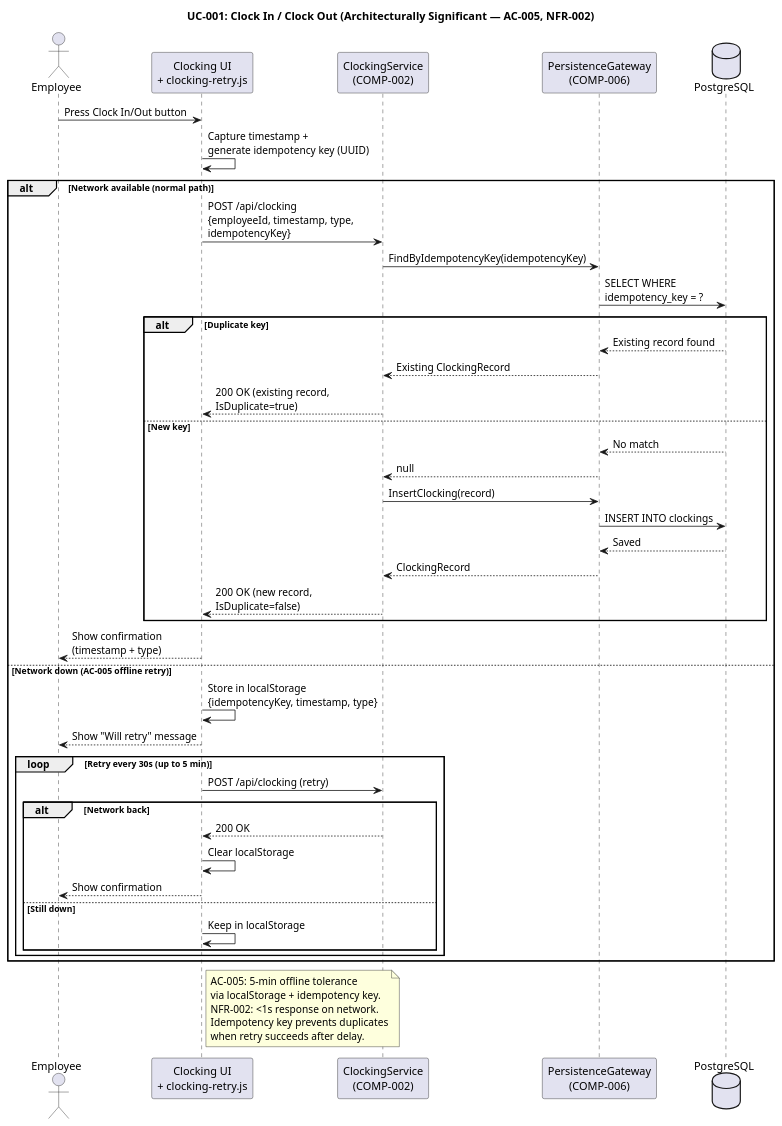
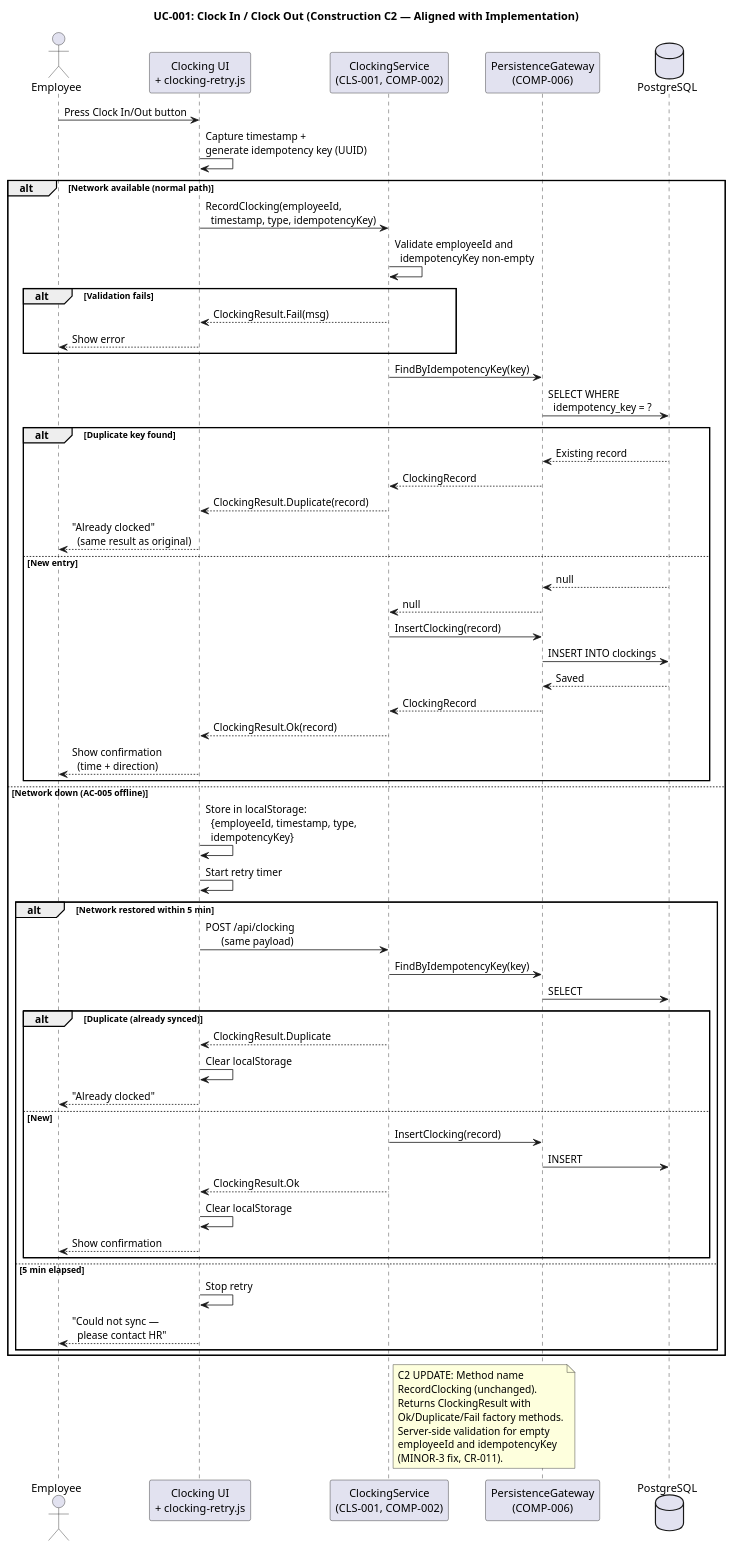
One commit to banense-test/portal-cuba-corp changed the second of 33 diagrams in docs/artifacts/analysis---design/design-model.md. Above: the diagram before and after it, drawn with PlantUML. The commit also changed other lines of this file, not shown here.

````diff
--- a/docs/artifacts/analysis---design/design-model.md
+++ b/docs/artifacts/analysis---design/design-model.md
@@ -282,57 +282,79 @@
 ```plantuml
 @startuml
-title UC-001: Clock In / Clock Out (Architecturally Significant — AC-005, NFR-002)
+title UC-001: Clock In / Clock Out (Construction C2 — Aligned with Implementation)
 
 actor Employee as EMP
 participant "Clocking UI\n+ clocking-retry.js" as UI
-participant "ClockingService\n(COMP-002)" as SVC
+participant "ClockingService\n(CLS-001, COMP-002)" as SVC
 participant "PersistenceGateway\n(COMP-006)" as DB
 database "PostgreSQL" as PG
 
 EMP -> UI : Press Clock In/Out button
 UI -> UI : Capture timestamp +\ngenerate idempotency key (UUID)
 
 alt Network available (normal path)
-  UI -> SVC : POST /api/clocking\n{employeeId, timestamp, type,\nidempotencyKey}
-  SVC -> DB : FindByIdempotencyKey(idempotencyKey)
-  DB -> PG : SELECT WHERE\nidempotency_key = ?
-  
-  alt Duplicate key
-    PG --> DB : Existing record found
-    DB --> SVC : Existing ClockingRecord
-    SVC --> UI : 200 OK (existing record,\nIsDuplicate=true)
-  else New key
-    PG --> DB : No match
+  UI -> SVC : RecordClocking(employeeId,\n  timestamp, type, idempotencyKey)
+
+  SVC -> SVC : Validate employeeId and\n  idempotencyKey non-empty
+
+  alt Validation fails
+    SVC --> UI : ClockingResult.Fail(msg)
+    UI --> EMP : Show error
+  end
+
+  SVC -> DB : FindByIdempotencyKey(key)
+  DB -> PG : SELECT WHERE\n  idempotency_key = ?
+
+  alt Duplicate key found
+    PG --> DB : Existing record
+    DB --> SVC : ClockingRecord
+    SVC --> UI : ClockingResult.Duplicate(record)
+    UI --> EMP : "Already clocked"\n  (same result as original)
+  else New entry
+    PG --> DB : null
     DB --> SVC : null
     SVC -> DB : InsertClocking(record)
     DB -> PG : INSERT INTO clockings
     PG --> DB : Saved
     DB --> SVC : ClockingRecord
-    SVC --> UI : 200 OK (new record,\nIsDuplicate=false)
+    SVC --> UI : ClockingResult.Ok(record)
+    UI --> EMP : Show confirmation\n  (time + direction)
   end
-  UI --> EMP : Show confirmation\n(timestamp + type)
-else Network down (AC-005 offline retry)
-  UI -> UI : Store in localStorage\n{idempotencyKey, timestamp, type}
-  UI --> EMP : Show "Will retry" message
-  loop Retry every 30s (up to 5 min)
-    UI -> SVC : POST /api/clocking (retry)
-    alt Network back
-      SVC --> UI : 200 OK
+
+else Network down (AC-005 offline)
+  UI -> UI : Store in localStorage:\n  {employeeId, timestamp, type,\n  idempotencyKey}
+  UI -> UI : Start retry timer
+
+  alt Network restored within 5 min
+    UI -> SVC : POST /api/clocking\n      (same payload)
+    SVC -> DB : FindByIdempotencyKey(key)
+    DB -> PG : SELECT
+    alt Duplicate (already synced)
+      SVC --> UI : ClockingResult.Duplicate
+      UI -> UI : Clear localStorage
+      UI --> EMP : "Already clocked"
+    else New
+      SVC -> DB : InsertClocking(record)
+      DB -> PG : INSERT
+      SVC --> UI : ClockingResult.Ok
       UI -> UI : Clear localStorage
       UI --> EMP : Show confirmation
-    else Still down
-      UI -> UI : Keep in localStorage
     end
+  else 5 min elapsed
+    UI -> UI : Stop retry
+    UI --> EMP : "Could not sync —\n  please contact HR"
   end
 end
 
-note right of UI
-  AC-005: 5-min offline tolerance
-  via localStorage + idempotency key.
-  NFR-002: <1s response on network.
-  Idempotency key prevents duplicates
-  when retry succeeds after delay.
+note right of SVC
+  C2 UPDATE: Method name
+  RecordClocking (unchanged).
+  Returns ClockingResult with
+  Ok/Duplicate/Fail factory methods.
+  Server-side validation for empty
+  employeeId and idempotencyKey
+  (MINOR-3 fix, CR-011).
 end note
 
 @enduml
 ```
````
